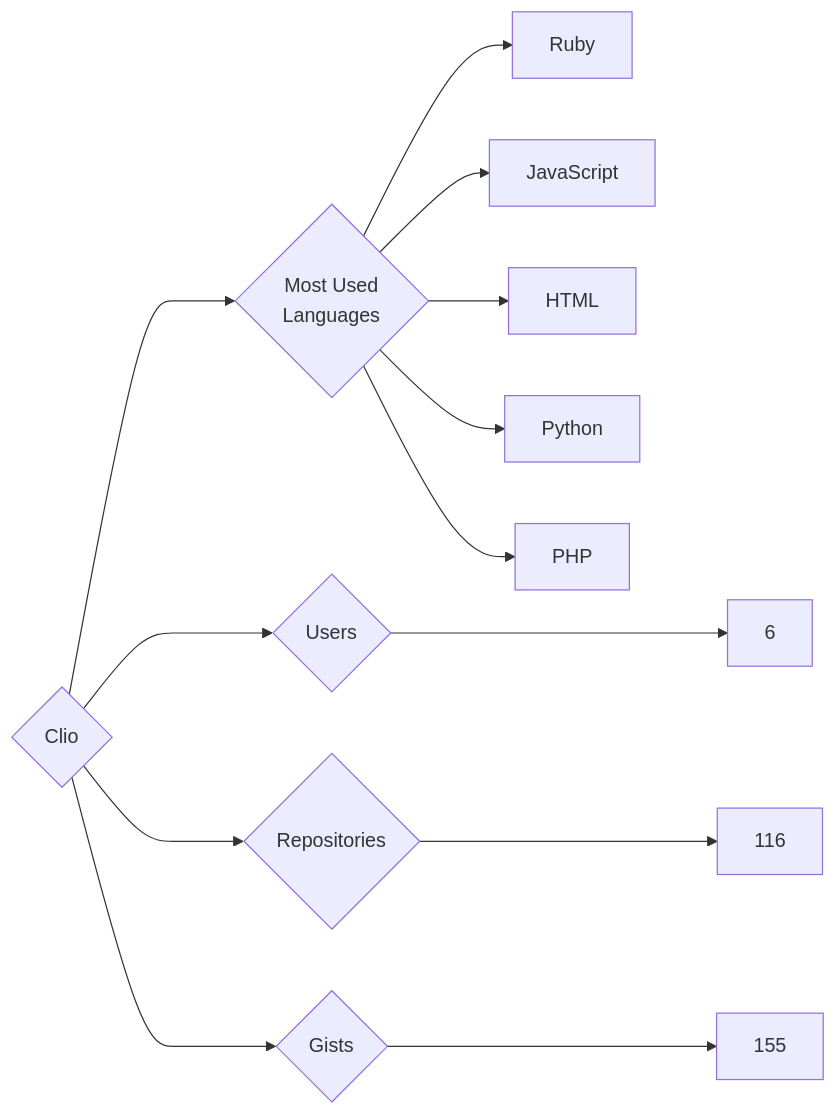
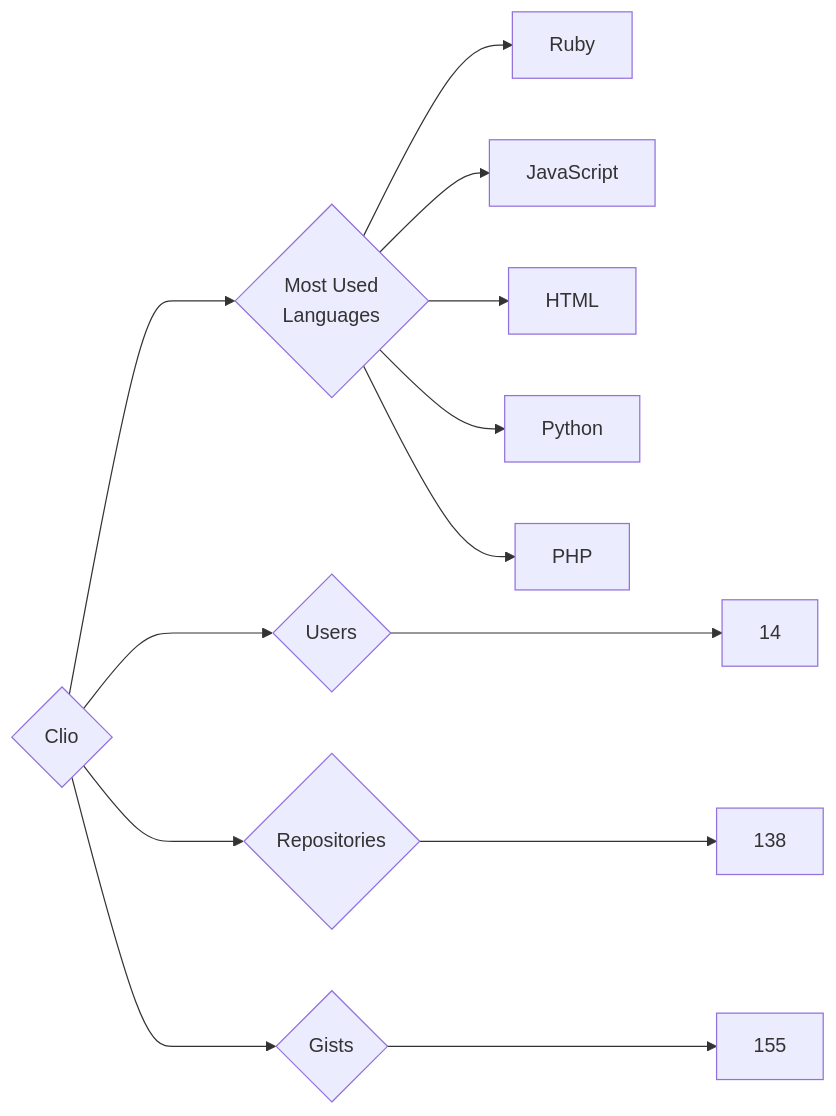
The diagram in targets/Clio/README.md (trickest/insiders), drawn with Mermaid before and after one commit. The commit also changed 873 other files, not shown here.

````diff
--- a/targets/Clio/README.md
+++ b/targets/Clio/README.md
@@ -3,13 +3,13 @@
 ```mermaid
 graph LR
 COMPANY_NAME{Clio}
-COMPANY_NAME ---> U{Users} ---> UN[6]
-COMPANY_NAME ---> R{Repositories} ---> RN[116]
+COMPANY_NAME ---> U{Users} ---> UN[14]
+COMPANY_NAME ---> R{Repositories} ---> RN[138]
 COMPANY_NAME ---> G{Gists} ---> GN[155]
 COMPANY_NAME ---> ML{Most Used<br>Languages}
 ML --> Ruby[Ruby]
 ML --> JavaScript[JavaScript]
 ML --> HTML[HTML]
 ML --> Python[Python]
 ML --> PHP[PHP]
 ```
````
